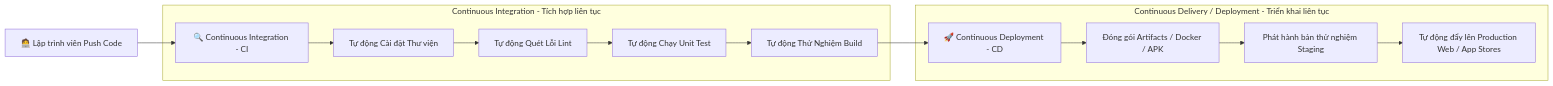
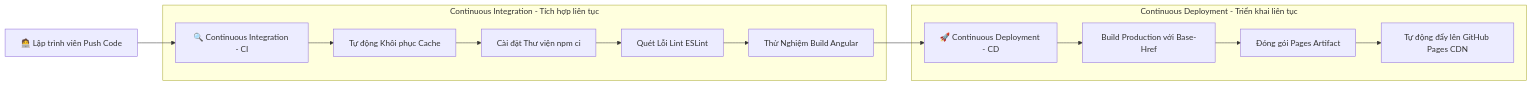
Before and after one commit to congphu97/dev-blog-client-2.0: the first of 4 diagrams in dev-blog-client/docs/CI_CD_GITHUB_ACTIONS.md, drawn with Mermaid. The commit also changed other lines of this file and 1 other file, not shown here.

Commit message:
docs: enrich Web and Firebase CI/CD documentation with full diagrams and guides

````diff
--- a/dev-blog-client/docs/CI_CD_GITHUB_ACTIONS.md
+++ b/dev-blog-client/docs/CI_CD_GITHUB_ACTIONS.md
@@ -26,16 +26,16 @@
 ```mermaid
 flowchart LR
     A[🧑‍💻 Lập trình viên Push Code] --> B[🔍 Continuous Integration - CI]
     subgraph CI [Continuous Integration - Tích hợp liên tục]
-        B --> C[Tự động Cài đặt Thư viện]
-        C --> D[Tự động Quét Lỗi Lint]
-        D --> E[Tự động Chạy Unit Test]
-        E --> F[Tự động Thử Nghiệm Build]
+        B --> C[Tự động Khôi phục Cache]
+        C --> D[Cài đặt Thư viện npm ci]
+        D --> E[Quét Lỗi Lint ESLint]
+        E --> F[Thử Nghiệm Build Angular]
     end
     F --> G[🚀 Continuous Deployment - CD]
-    subgraph CD [Continuous Delivery / Deployment - Triển khai liên tục]
-        G --> H[Đóng gói Artifacts / Docker / APK]
-        H --> I[Phát hành bản thử nghiệm Staging]
-        I --> J[Tự động đẩy lên Production Web / App Stores]
+    subgraph CD [Continuous Deployment - Triển khai liên tục]
+        G --> H[Build Production với Base-Href]
+        H --> I[Đóng gói Pages Artifact]
+        I --> J[Tự động đẩy lên GitHub Pages CDN]
     end
 ```
````
